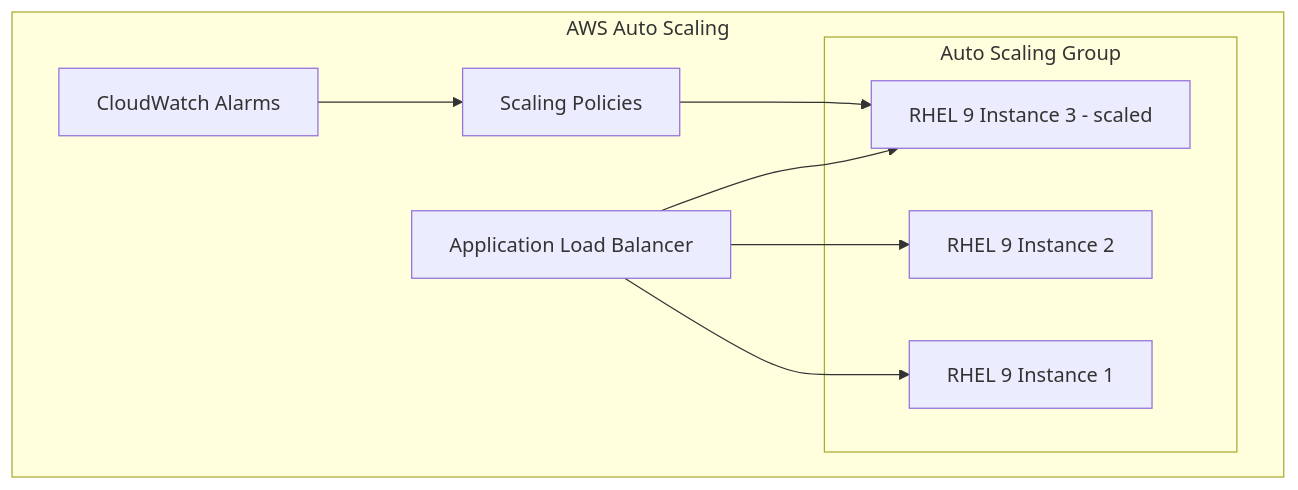
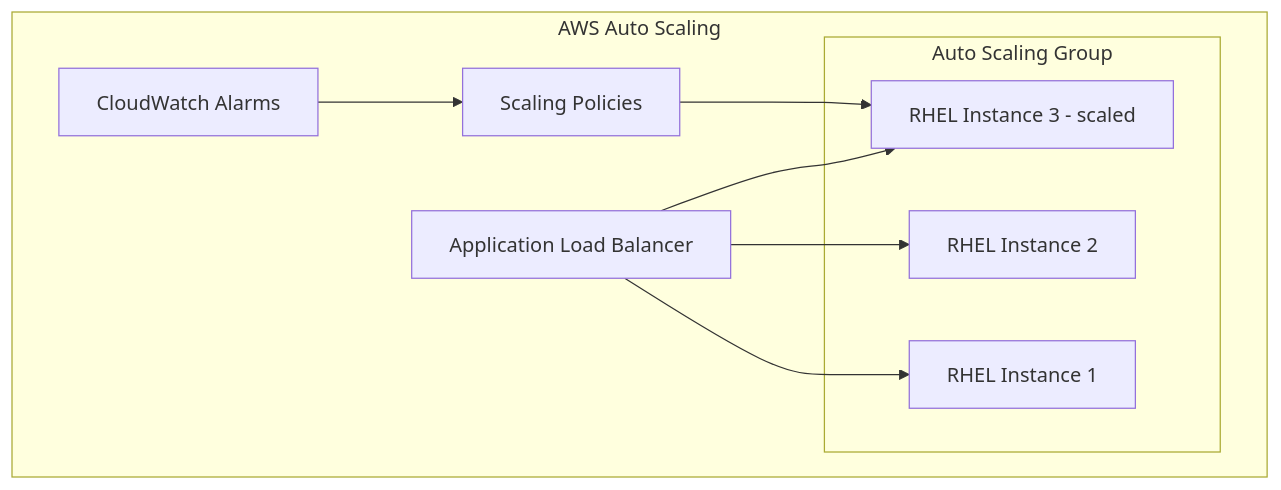
The diagram in posts/2026-03-04-set-up-rhel-9-auto-scaling-groups-aws/README.md (OneUptime/blog), drawn with Mermaid before and after one commit. The commit also changed other lines of this file and 4866 other files, not shown here.

````diff
--- a/posts/2026-03-04-set-up-rhel-9-auto-scaling-groups-aws/README.md
+++ b/posts/2026-03-04-set-up-rhel-9-auto-scaling-groups-aws/README.md
@@ -15,18 +15,18 @@
 ```mermaid
 graph TB
     subgraph "AWS Auto Scaling"
         ALB[Application Load Balancer]
         subgraph "Auto Scaling Group"
-            I1[RHEL 9 Instance 1]
-            I2[RHEL 9 Instance 2]
-            I3[RHEL 9 Instance 3 - scaled]
+            I1[RHEL Instance 1]
+            I2[RHEL Instance 2]
+            I3[RHEL Instance 3 - scaled]
         end
         CW[CloudWatch Alarms]
         SP[Scaling Policies]
         CW --> SP
         SP --> I3
         ALB --> I1
         ALB --> I2
         ALB --> I3
     end
 ```
````
